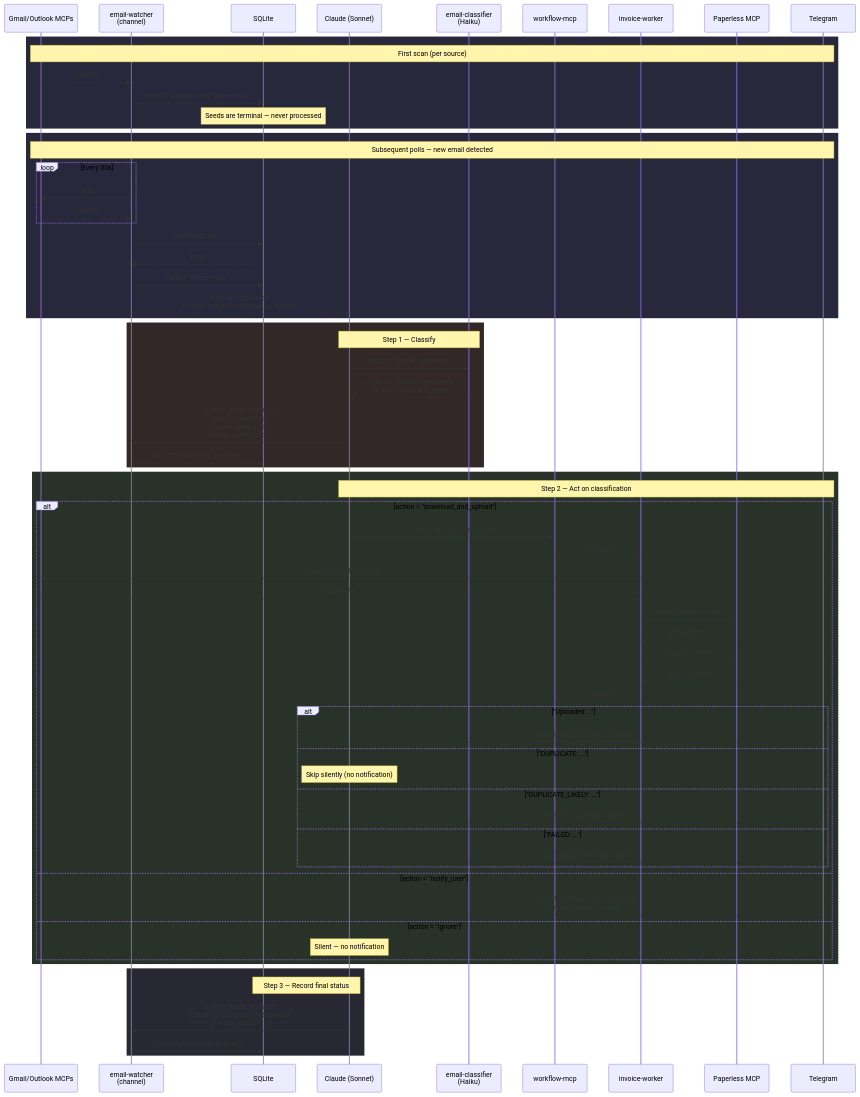
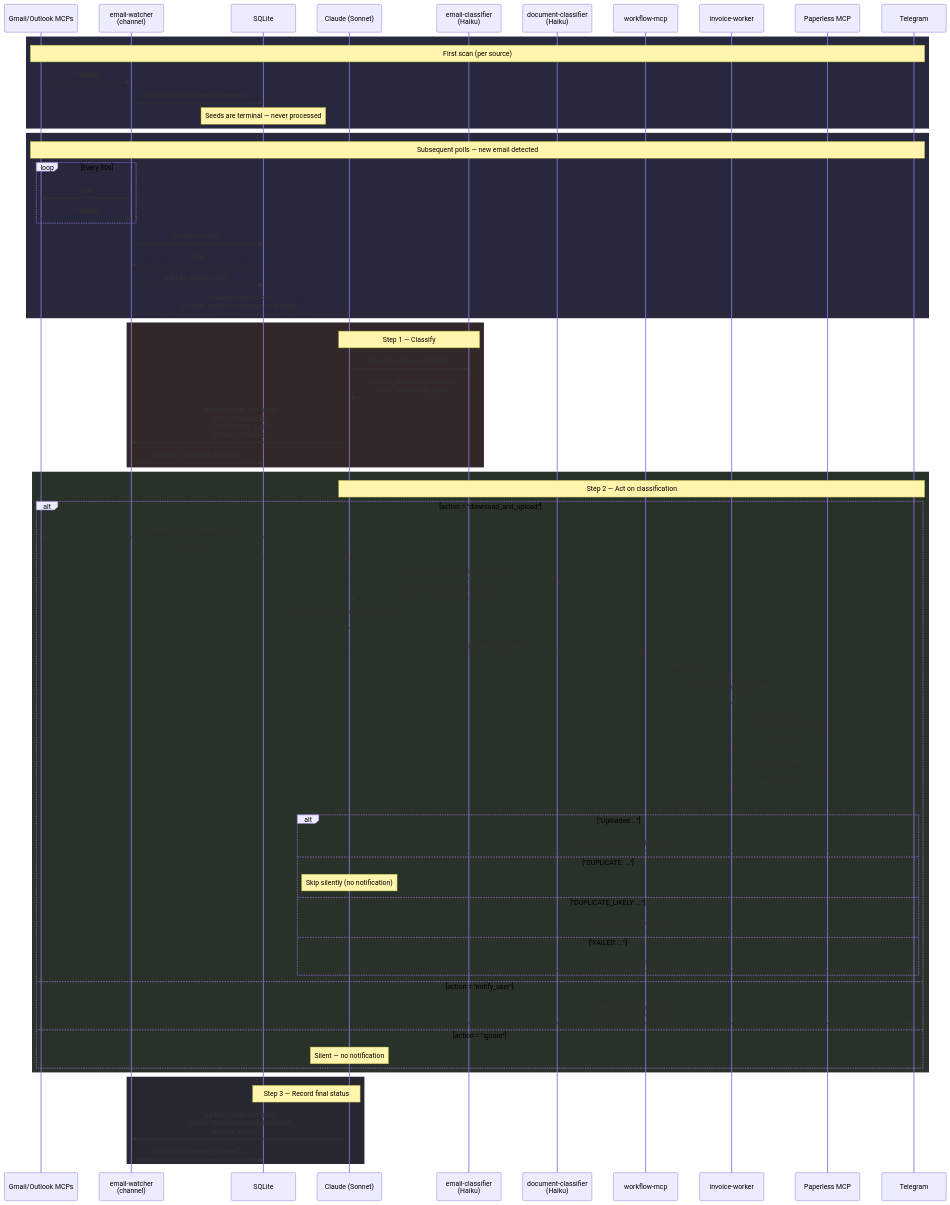
Before and after one commit to mcsdodo/personal-assistant: the second of 3 diagrams in docs/uc1-invoice-processing.md, drawn with Mermaid. The commit also changed other lines of this file, not shown here.

First line of the commit message:
docs: update uc1-invoice-processing.md for unified document-classifier pipeline

````diff
--- a/docs/uc1-invoice-processing.md
+++ b/docs/uc1-invoice-processing.md
@@ -35,77 +35,82 @@
 ```mermaid
 sequenceDiagram
     participant G as Gmail/Outlook MCPs
     participant EW as email-watcher<br/>(channel)
     participant DB as SQLite
     participant C as Claude (Sonnet)
     participant CL as email-classifier<br/>(Haiku)
+    participant DC as document-classifier<br/>(Haiku)
     participant WF as workflow-mcp
     participant IW as invoice-worker
     participant P as Paperless MCP
     participant TG as Telegram
 
     rect rgb(40, 40, 60)
     note over G,TG: First scan (per source)
     G-->>EW: emails[]
     EW->>DB: INSERT status="seed" (all emails)
     note over DB: Seeds are terminal — never processed
     end
 
     rect rgb(40, 40, 60)
     note over G,TG: Subsequent polls — new email detected
     loop Every 30s
         EW->>G: poll
         G-->>EW: emails[]
     end
     EW->>DB: emailExists(id)?
     DB-->>EW: false
     EW->>DB: INSERT status="new"
     EW--)C: channel notification<br/>(sender, subject, message_id, source)
     end
 
     rect rgb(50, 40, 40)
     note over C,CL: Step 1 — Classify
     C->>CL: dispatch (email metadata)
     CL-->>C: JSON {is_invoice, confidence,<br/>vendor, action, doc_type}
     C->>EW: update_email_status(id,<br/>status="classified",<br/>classification, action,<br/>vendor, confidence)
     EW->>DB: UPDATE classified_at=now()
     end
 
     rect rgb(40, 50, 40)
     note over C,TG: Step 2 — Act on classification
 
     alt action = "download_and_upload"
+        C->>G: download PDF (attachment or link)
+        G-->>C: file on disk
+        C->>DC: dispatch document-classifier (Haiku)
+        DC-->>C: {vendor, total_amount, doc_type, ...}
+        C->>C: merge DC results over email-classifier
         C->>WF: create_invoice_intake_job
         WF->>IW: execute job
-        IW->>G: download attachment/link
-        G-->>IW: base64 file
+        IW->>IW: read file from disk (file_path)
         IW->>P: search (dedup check)
         P-->>IW: no duplicate
         IW->>P: post_document
         P-->>IW: document ID
         IW-->>WF: completed
 
         alt "Uploaded ..."
             C->>TG: reply("Uploaded {vendor} invoice")
         else "DUPLICATE: ..."
             note over C: Skip silently (no notification)
         else "DUPLICATE_LIKELY: ..."
             C->>TG: reply("Ask user: proceed?")
         else "FAILED: ..."
             C->>TG: reply("{vendor} failed: {reason}")
         end
 
     else action = "notify_user"
         C->>TG: reply("New invoice from {sender}.<br/>Process? Reply yes/no")
 
     else action = "ignore"
         note over C: Silent — no notification
     end
     end
 
     rect rgb(40, 40, 50)
     note over C,DB: Step 3 — Record final status
     C->>EW: update_email_status(id,<br/>status="processed|failed|ignored",<br/>process_result="...")
     EW->>DB: UPDATE processed_at=now()
     end
 ```
````
